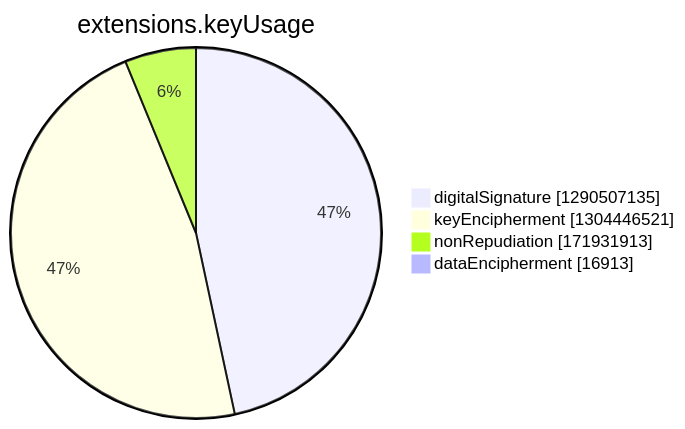
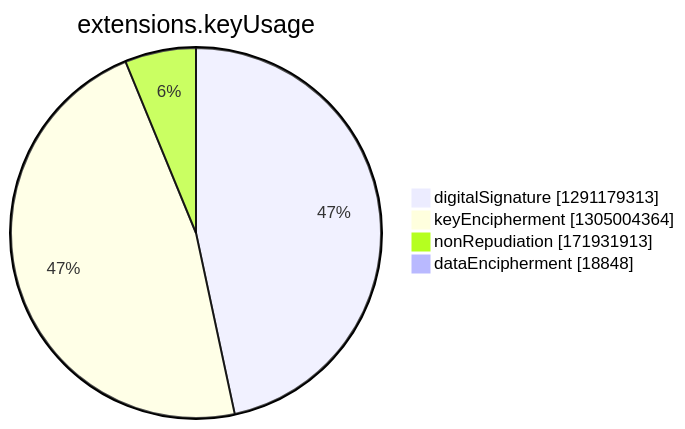
One commit to christiankrug/ctmonitor_visualization changed the seventh of 15 diagrams in argon2022/README.md. Above: the diagram before and after it, drawn with Mermaid. The commit also changed other lines of this file, not shown here.

````diff
--- a/argon2022/README.md
+++ b/argon2022/README.md
@@ -2748,8 +2748,8 @@
 ```mermaid
 pie showData
 title extensions.keyUsage
-"digitalSignature" :1290507135
-"keyEncipherment" :1304446521
+"digitalSignature" :1291179313
+"keyEncipherment" :1305004364
 "nonRepudiation" :171931913
-"dataEncipherment" :16913
+"dataEncipherment" :18848
 ```
````
